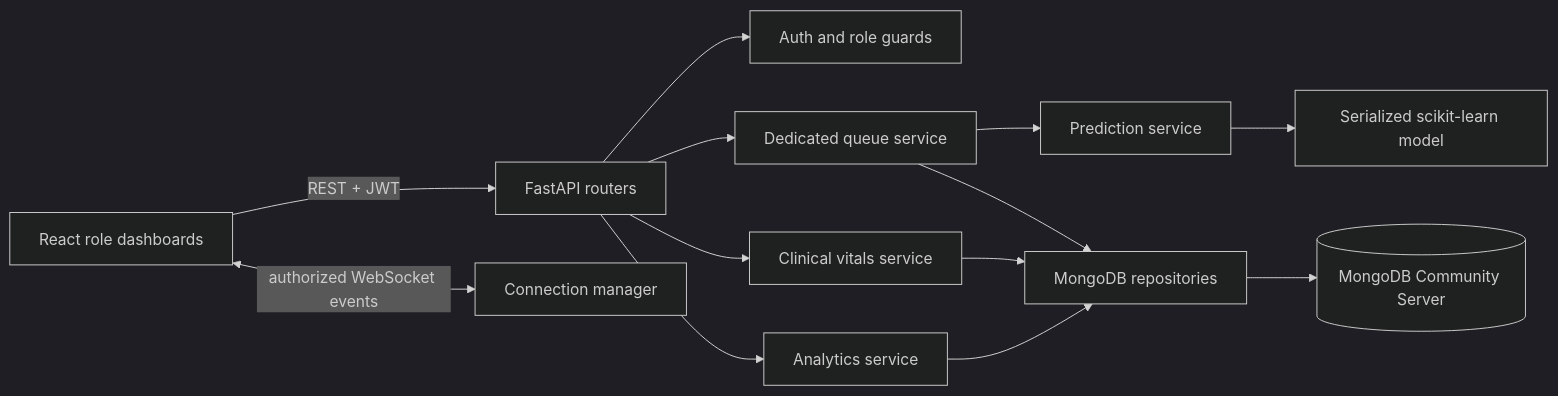
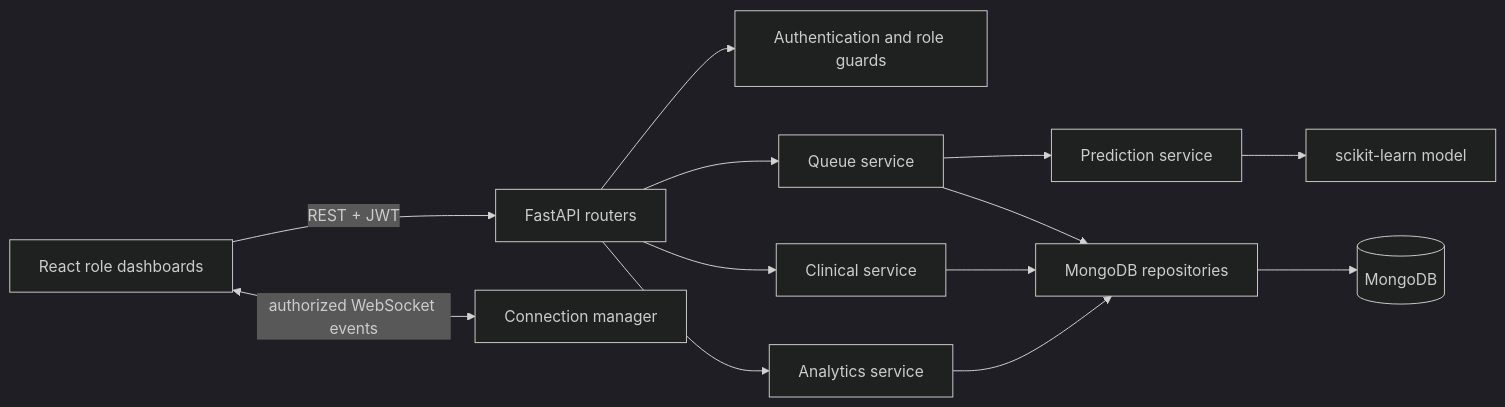
The diagram in README.md (Sonamkumari-git/OPD-Smartqueue), drawn with Mermaid (dark theme) before and after one commit. The commit also changed other lines of this file and 68 other files, not shown here.

````diff
--- a/README.md
+++ b/README.md
@@ -49,15 +31,15 @@
 ```mermaid
 flowchart LR
   UI[React role dashboards] -->|REST + JWT| API[FastAPI routers]
   UI <-->|authorized WebSocket events| WSM[Connection manager]
-  API --> AUTH[Auth and role guards]
-  API --> QS[Dedicated queue service]
-  API --> CS[Clinical vitals service]
+  API --> AUTH[Authentication and role guards]
+  API --> QS[Queue service]
+  API --> CS[Clinical service]
   API --> AS[Analytics service]
   QS --> MLP[Prediction service]
   QS --> REPO[MongoDB repositories]
   CS --> REPO
   AS --> REPO
-  REPO --> DB[(MongoDB Community Server)]
-  MLP --> MODEL[Serialized scikit-learn model]
+  REPO --> DB[(MongoDB)]
+  MLP --> MODEL[scikit-learn model]
 ```
````
